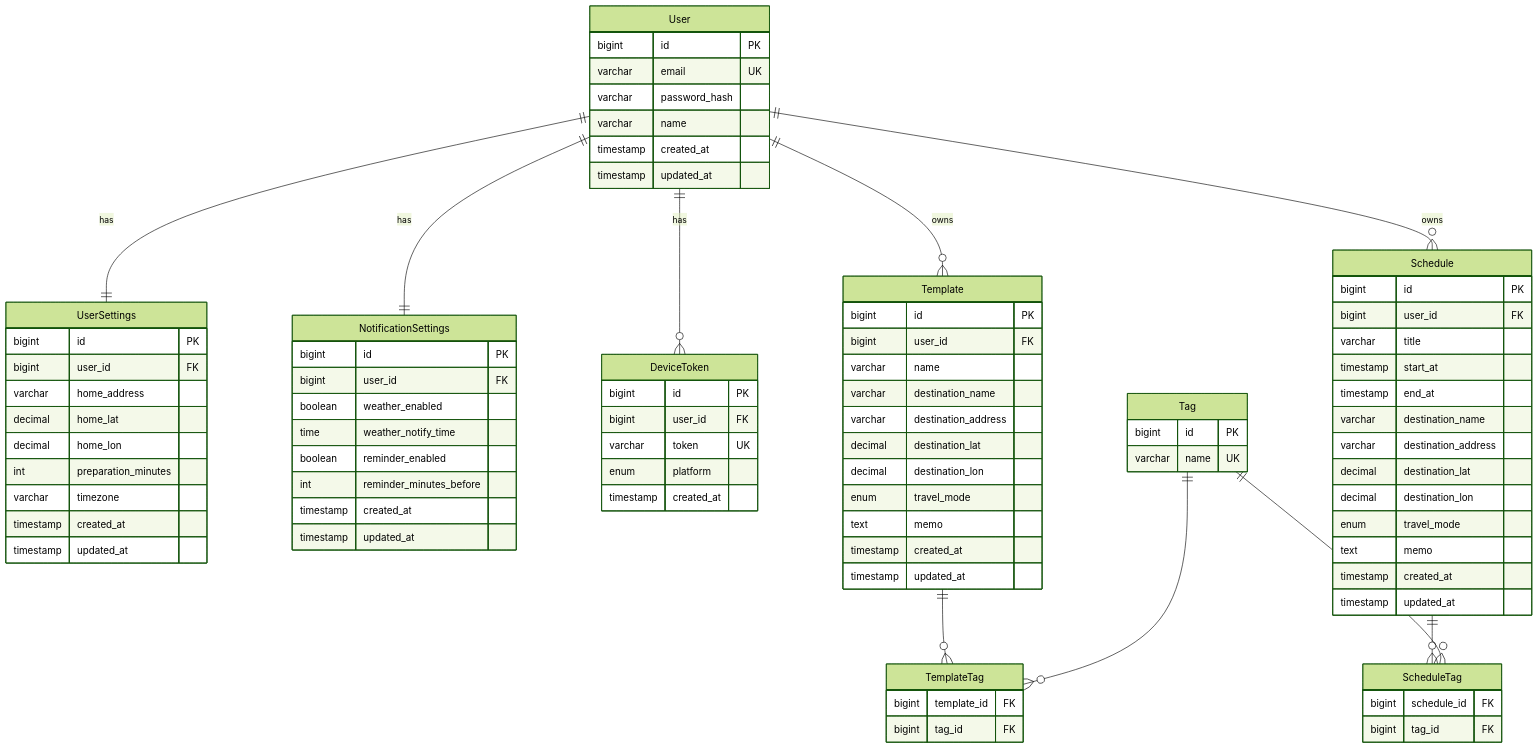
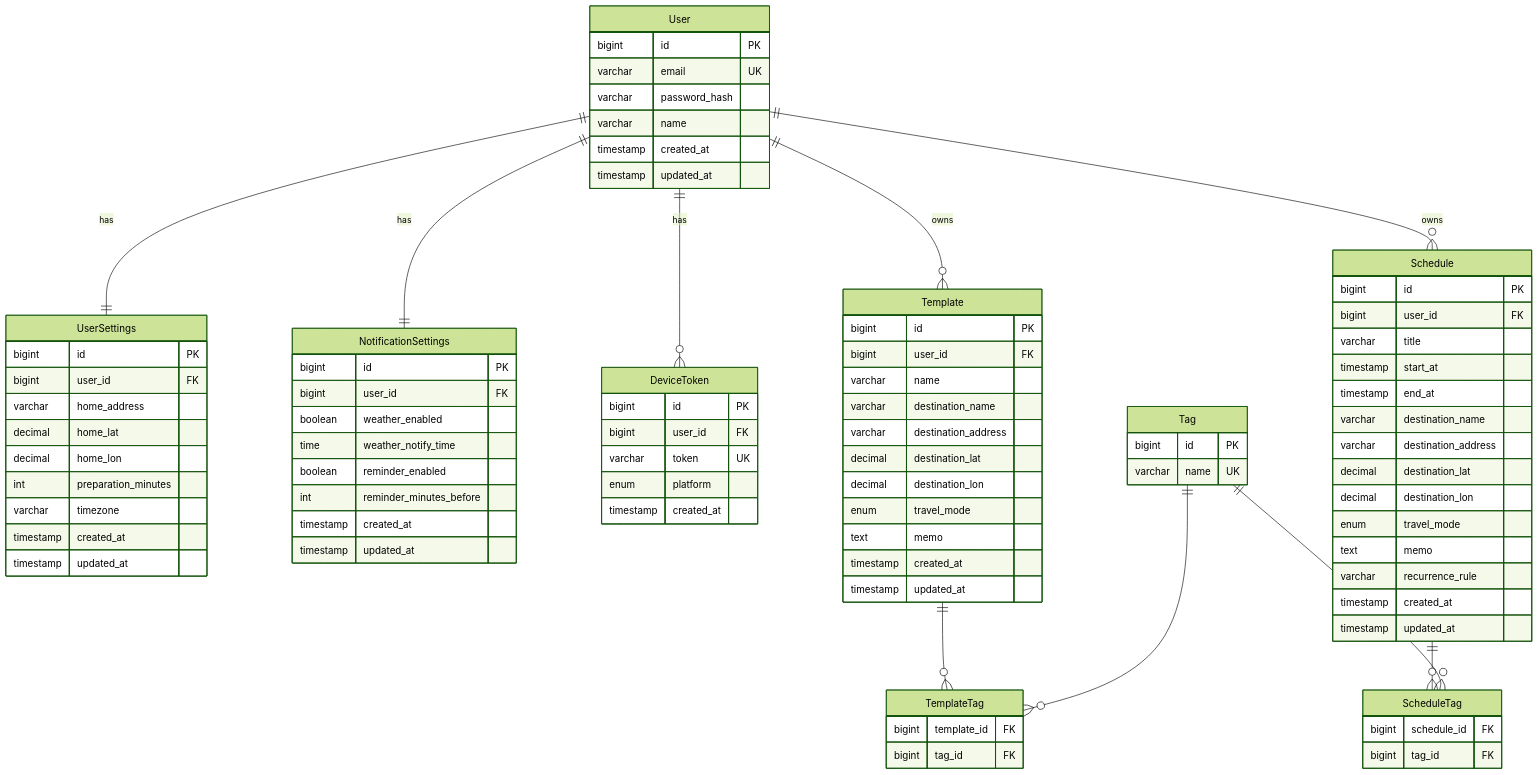
Before and after one commit to meron14725/tenichi-hackathon: the diagram in backend/docs/データモデル草案.md, drawn with Mermaid (forest theme). The commit also changed other lines of this file and 1 other file, not shown here.

```diff
--- a/backend/docs/データモデル草案.md
+++ b/backend/docs/データモデル草案.md
@@ -221,6 +222,7 @@
         decimal destination_lon
         enum travel_mode
         text memo
+        varchar recurrence_rule
         timestamp created_at
         timestamp updated_at
     }
```
